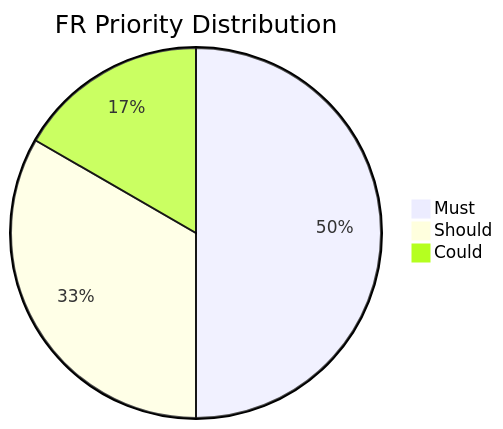
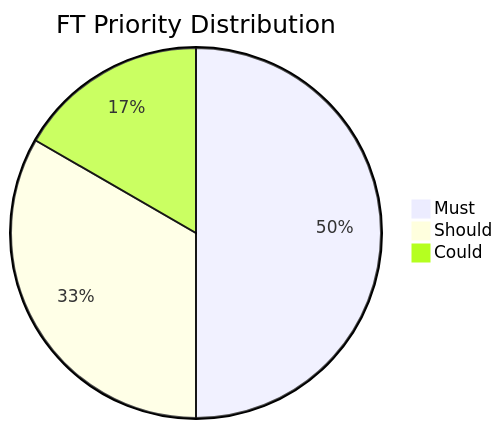
Before and after one commit to upleat-ax/u-maker-plugin: the second of 3 diagrams in templates/01-plan/1_SRS_RA.template.md, drawn with Mermaid. The commit also changed other lines of this file and 79 other files, not shown here.

````diff
--- a/templates/01-plan/1_SRS_RA.template.md
+++ b/templates/01-plan/1_SRS_RA.template.md
@@ -198,6 +233,6 @@
 ```mermaid
-pie title FR Priority Distribution
+pie title FT Priority Distribution
     "Must" : 12
     "Should" : 8
     "Could" : 4
 ```
````
